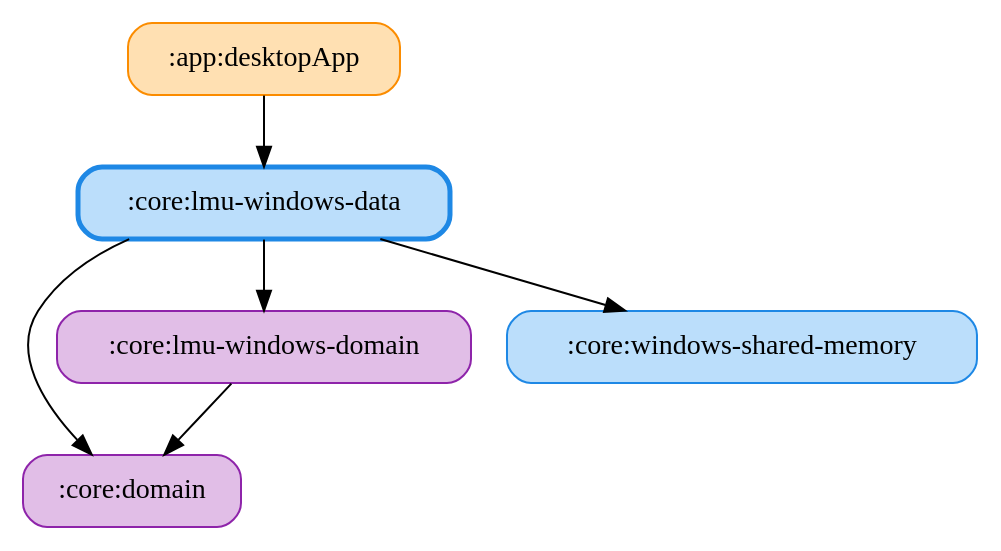
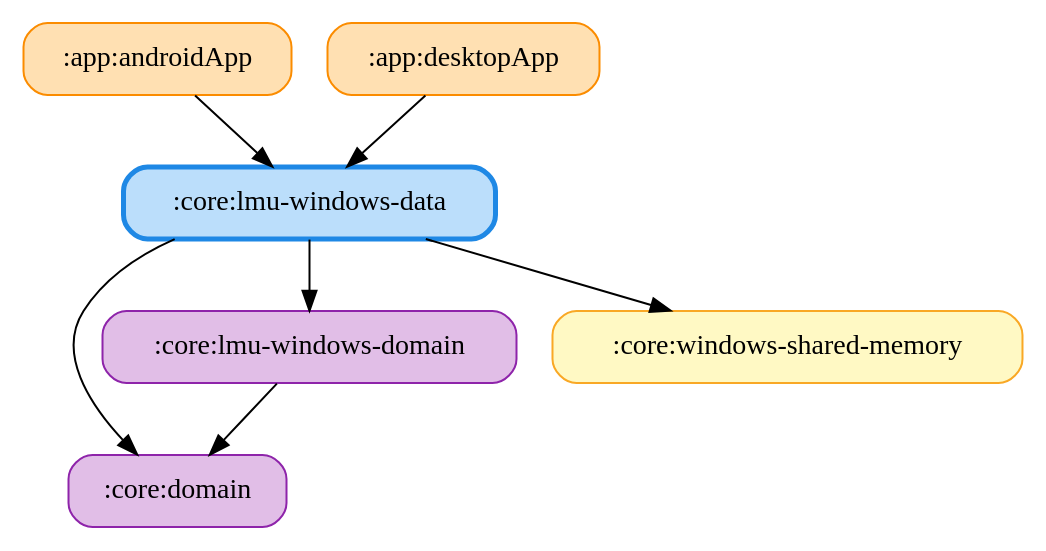
Before and after one commit to ai-kurou/KoDriver: the diagram in docs/graphs/core-lmu-windows-data.gv, drawn with Graphviz. The commit also changed 732 other files, not shown here.

First line of the commit message:
:core:data をシミュレーター別のデータモジュールに分割する(LMU・ACE・GT7) (#2421)

```diff
--- a/docs/graphs/core-lmu-windows-data.gv
+++ b/docs/graphs/core-lmu-windows-data.gv
@@ -1,14 +1,16 @@
 digraph G {
   rankdir=TB
   node [shape=box, style="rounded,filled"]
+  ":app:androidApp" [fillcolor="#FFE0B2", color="#FB8C00", penwidth=1]
   ":app:desktopApp" [fillcolor="#FFE0B2", color="#FB8C00", penwidth=1]
   ":core:domain" [fillcolor="#E1BEE7", color="#8E24AA", penwidth=1]
   ":core:lmu-windows-data" [fillcolor="#BBDEFB", color="#1E88E5", penwidth=2.5]
   ":core:lmu-windows-domain" [fillcolor="#E1BEE7", color="#8E24AA", penwidth=1]
-  ":core:windows-shared-memory" [fillcolor="#BBDEFB", color="#1E88E5", penwidth=1]
+  ":core:windows-shared-memory" [fillcolor="#FFF9C4", color="#F9A825", penwidth=1]
+  ":app:androidApp" -> ":core:lmu-windows-data"
   ":app:desktopApp" -> ":core:lmu-windows-data"
   ":core:lmu-windows-data" -> ":core:domain"
   ":core:lmu-windows-data" -> ":core:lmu-windows-domain"
   ":core:lmu-windows-data" -> ":core:windows-shared-memory"
   ":core:lmu-windows-domain" -> ":core:domain"
 }
```
